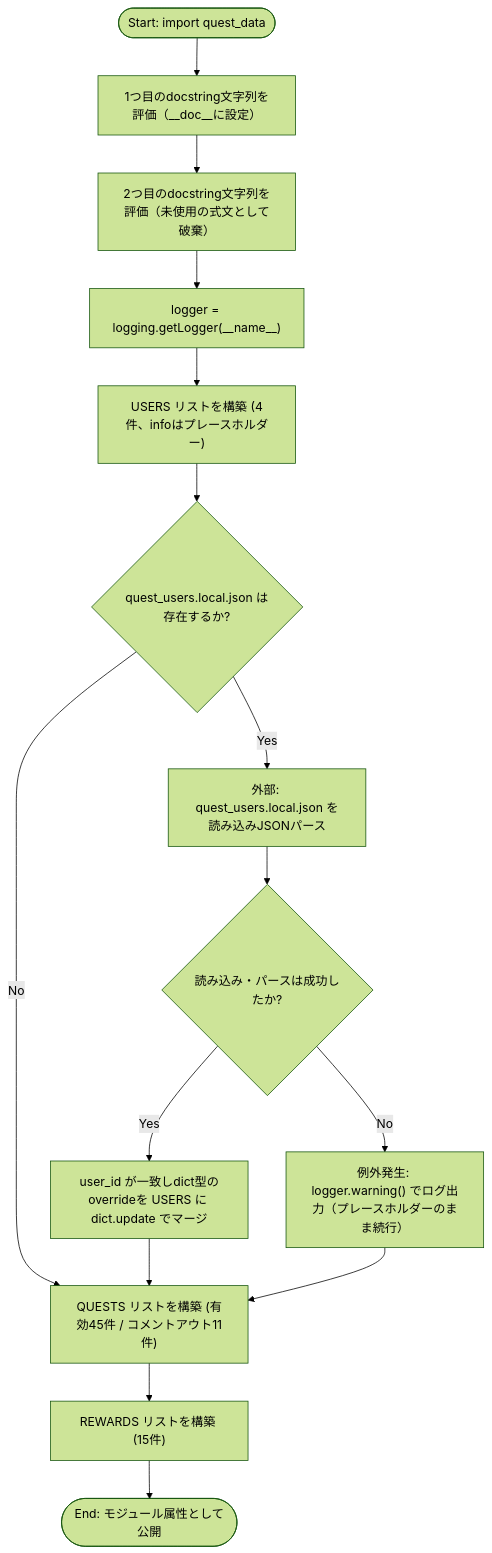
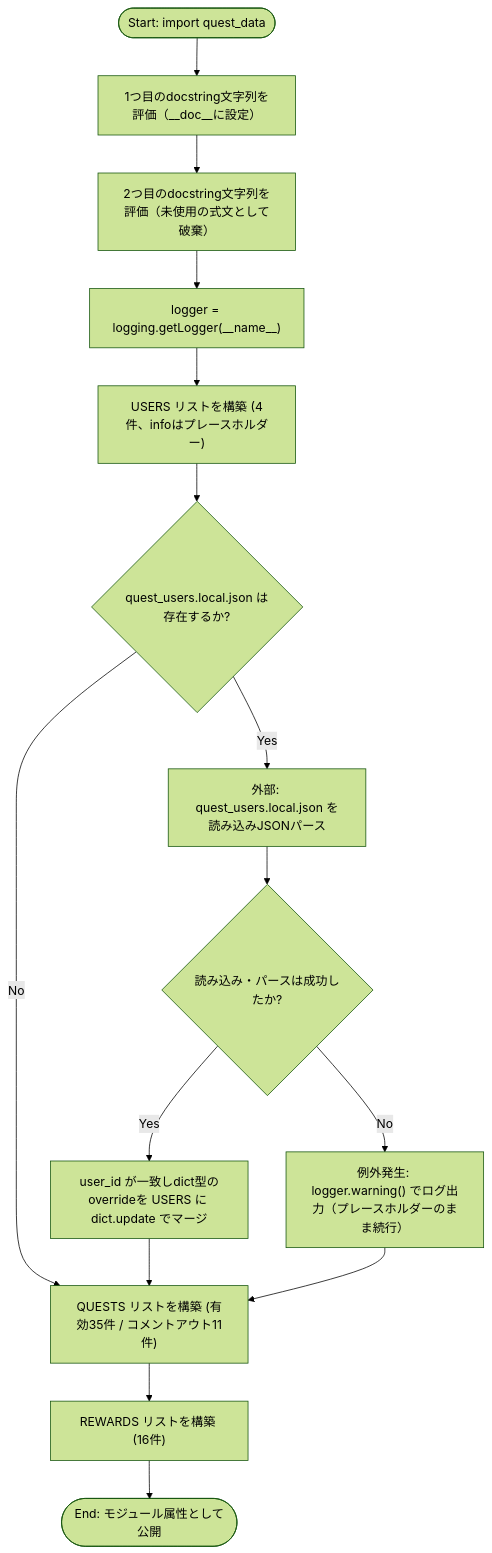
The first of 2 diagrams in docs/specifications/MY_HOME_SYSTEM/quest_data.md (mmtigers/my_python_project), drawn with Mermaid (forest theme) before and after one commit. The commit also changed other lines of this file and 1 other file, not shown here.

````diff
--- a/docs/specifications/MY_HOME_SYSTEM/quest_data.md
+++ b/docs/specifications/MY_HOME_SYSTEM/quest_data.md
@@ -197,17 +201,17 @@
 ```mermaid
 flowchart TD
     Start(["Start: import quest_data"]) --> Doc1["1つ目のdocstring文字列を評価（__doc__に設定）"]
     Doc1 --> Doc2["2つ目のdocstring文字列を評価（未使用の式文として破棄）"]
     Doc2 --> InitLogger["logger = logging.getLogger(__name__)"]
     InitLogger --> BuildUsers["USERS リストを構築 (4件、infoはプレースホルダー)"]
     BuildUsers --> CheckLocal{"quest_users.local.json は存在するか?"}
-    CheckLocal -- No --> BuildQuests["QUESTS リストを構築 (有効45件 / コメントアウト11件)"]
+    CheckLocal -- No --> BuildQuests["QUESTS リストを構築 (有効35件 / コメントアウト11件)"]
     CheckLocal -- Yes --> LoadLocal["外部: quest_users.local.json を読み込みJSONパース"]
     LoadLocal --> MergeCheck{"読み込み・パースは成功したか?"}
     MergeCheck -- Yes --> MergeUsers["user_id が一致しdict型のoverrideを USERS に dict.update でマージ"]
     MergeCheck -- No --> LogWarn["例外発生: logger.warning() でログ出力（プレースホルダーのまま続行）"]
     MergeUsers --> BuildQuests
     LogWarn --> BuildQuests
-    BuildQuests --> BuildRewards["REWARDS リストを構築 (15件)"]
+    BuildQuests --> BuildRewards["REWARDS リストを構築 (16件)"]
     BuildRewards --> End(["End: モジュール属性として公開"])
 ```
````
